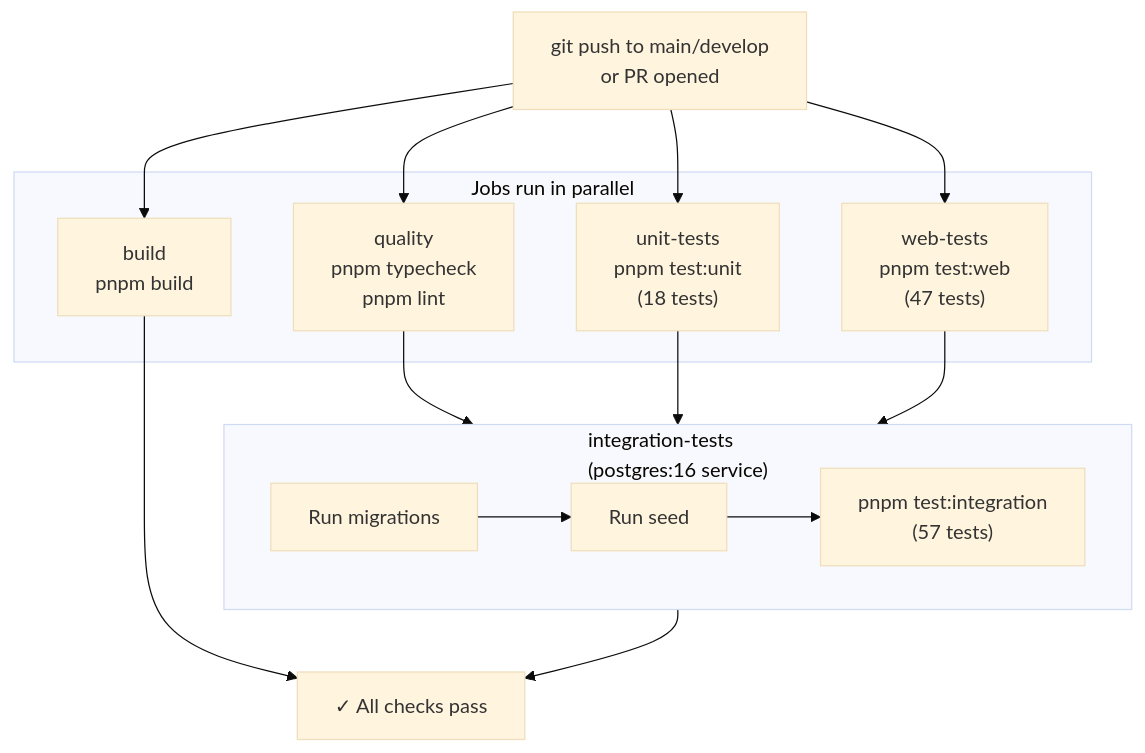
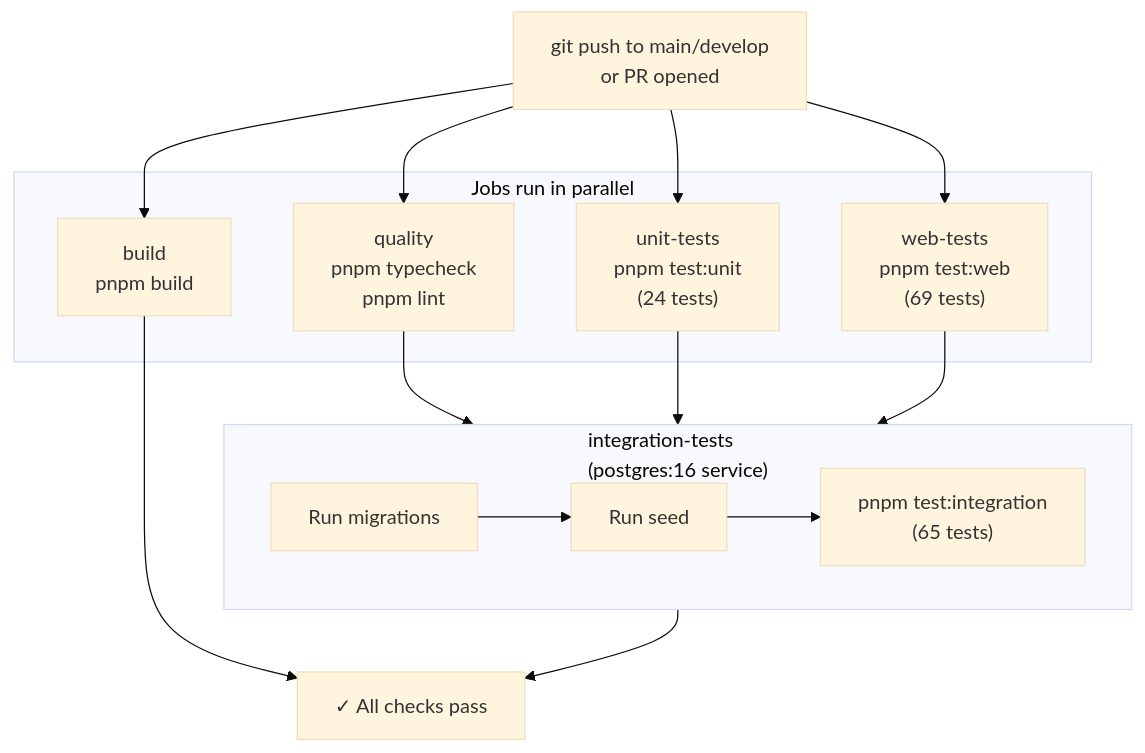
The seventh of 8 diagrams in ARCHITECTURE.md (AtanasRusevPros/kgp), drawn with Mermaid (base theme) before and after one commit. The commit also changed other lines of this file and 9 other files, not shown here.

````diff
--- a/ARCHITECTURE.md
+++ b/ARCHITECTURE.md
@@ -658,28 +658,28 @@
 ```mermaid
 flowchart TD
     Push["git push to main/develop<br/>or PR opened"]
     Push --> Quality & UnitTests & WebTests
 
     subgraph Parallel["Jobs run in parallel"]
         Quality["quality<br/>pnpm typecheck<br/>pnpm lint"]
-        UnitTests["unit-tests<br/>pnpm test:unit<br/>(18 tests)"]
-        WebTests["web-tests<br/>pnpm test:web<br/>(47 tests)"]
+        UnitTests["unit-tests<br/>pnpm test:unit<br/>(24 tests)"]
+        WebTests["web-tests<br/>pnpm test:web<br/>(69 tests)"]
         Build["build<br/>pnpm build"]
     end
 
     Push --> Build
 
     Quality --> Integration
     UnitTests --> Integration
     WebTests --> Integration
 
     subgraph Integration["integration-tests<br/>(postgres:16 service)"]
         Migrate["Run migrations"]
         Seed["Run seed"]
-        IntTests["pnpm test:integration<br/>(57 tests)"]
+        IntTests["pnpm test:integration<br/>(65 tests)"]
         Migrate --> Seed --> IntTests
     end
 
     Integration --> Done["✓ All checks pass"]
     Build --> Done
 ```
````
